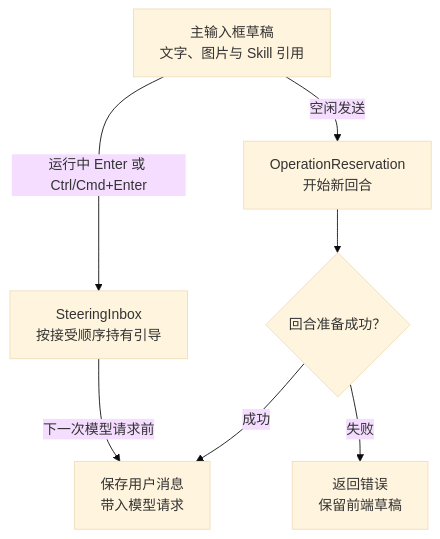
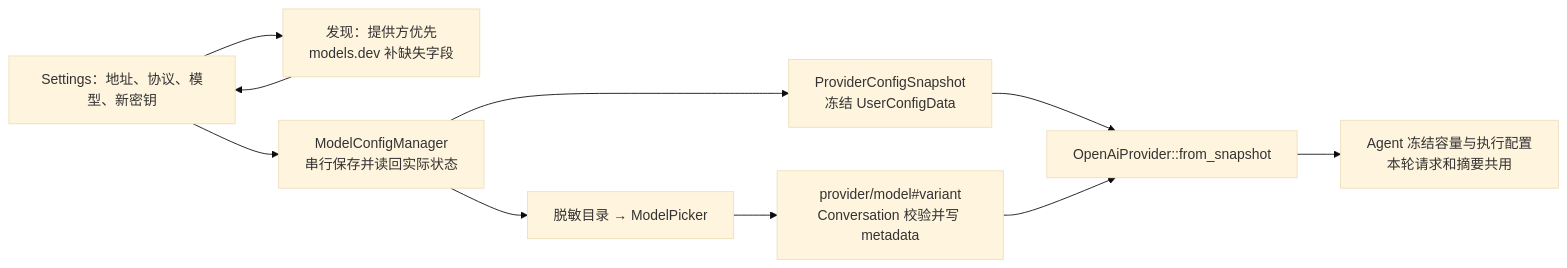
Before and after one commit to qjcnmd/singularity-agent: the ninth of 14 diagrams in docs/architecture.md, drawn with Mermaid (base theme). The commit also changed other lines of this file and 9 other files, not shown here.

````diff
--- a/docs/architecture.md
+++ b/docs/architecture.md
@@ -449,9 +304,12 @@
 ```mermaid
-flowchart TB
-    Draft["主输入框草稿<br/>文字、图片与 Skill 引用"] -->|"空闲发送"| Start["OperationReservation<br/>开始新回合"]
-    Draft -->|"运行中 Enter 或 Ctrl/Cmd+Enter"| Inbox["SteeringInbox<br/>按接受顺序持有引导"]
-    Inbox -->|"下一次模型请求前"| User["保存用户消息<br/>带入模型请求"]
-    Start --> Prepare{"回合准备成功？"}
-    Prepare -->|"成功"| User
-    Prepare -->|"失败"| Keep["返回错误<br/>保留前端草稿"]
+flowchart LR
+    Form["Settings：地址、协议、模型、新密钥"] --> Discover["发现：提供方优先<br/>models.dev 补缺失字段"]
+    Discover --> Form
+    Form --> Manager["ModelConfigManager<br/>串行保存并读回实际状态"]
+    Manager --> Snapshot["ProviderConfigSnapshot<br/>冻结 UserConfigData"]
+    Manager --> Catalog["脱敏目录 → ModelPicker"]
+    Catalog --> Select["provider/model#variant<br/>Conversation 校验并写 metadata"]
+    Snapshot --> Provider["OpenAiProvider::from_snapshot"]
+    Select --> Provider
+    Provider --> Frozen["Agent 冻结容量与执行配置<br/>本轮请求和摘要共用"]
 ```
````
